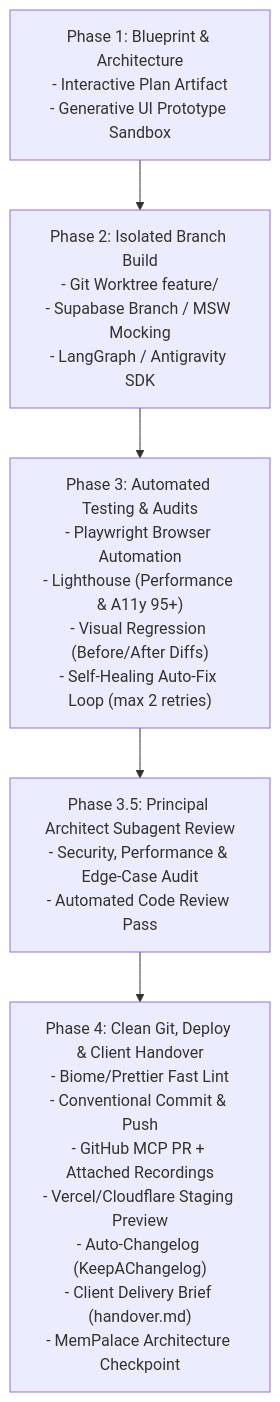
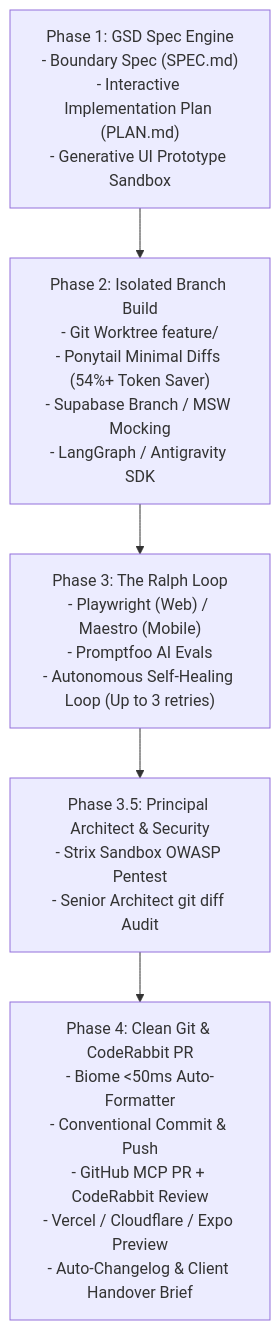
Before and after one commit to josuva777/universal-agency-pipeline: the diagram in skills/agency-pipeline/SKILL.md, drawn with Mermaid. The commit also changed other lines of this file and 21 other files, not shown here.

Commit message:
feat: upgrade agency pipeline with ponytail, ralph loop, mobile starter, and coderabbit

````diff
--- a/skills/agency-pipeline/SKILL.md
+++ b/skills/agency-pipeline/SKILL.md
@@ -17,10 +17,10 @@
 ```mermaid
 flowchart TD
-    P1["Phase 1: Blueprint & Architecture\n- Interactive Plan Artifact\n- Generative UI Prototype Sandbox"]
-    P2["Phase 2: Isolated Branch Build\n- Git Worktree feature/<slug>\n- Supabase Branch / MSW Mocking\n- LangGraph / Antigravity SDK"]
-    P3["Phase 3: Automated Testing & Audits\n- Playwright Browser Automation\n- Lighthouse (Performance & A11y 95+)\n- Visual Regression (Before/After Diffs)\n- Self-Healing Auto-Fix Loop (max 2 retries)"]
-    REV["Phase 3.5: Principal Architect Subagent Review\n- Security, Performance & Edge-Case Audit\n- Automated Code Review Pass"]
-    P4["Phase 4: Clean Git, Deploy & Client Handover\n- Biome/Prettier Fast Lint\n- Conventional Commit & Push\n- GitHub MCP PR + Attached Recordings\n- Vercel/Cloudflare Staging Preview\n- Auto-Changelog (KeepAChangelog)\n- Client Delivery Brief (handover.md)\n- MemPalace Architecture Checkpoint"]
+    P1["Phase 1: GSD Spec Engine\n- Boundary Spec (SPEC.md)\n- Interactive Implementation Plan (PLAN.md)\n- Generative UI Prototype Sandbox"]
+    P2["Phase 2: Isolated Branch Build\n- Git Worktree feature/<slug>\n- Ponytail Minimal Diffs (54%+ Token Saver)\n- Supabase Branch / MSW Mocking\n- LangGraph / Antigravity SDK"]
+    P3["Phase 3: The Ralph Loop\n- Playwright (Web) / Maestro (Mobile)\n- Promptfoo AI Evals\n- Autonomous Self-Healing Loop (Up to 3 retries)"]
+    REV["Phase 3.5: Principal Architect & Security\n- Strix Sandbox OWASP Pentest\n- Senior Architect git diff Audit"]
+    P4["Phase 4: Clean Git & CodeRabbit PR\n- Biome <50ms Auto-Formatter\n- Conventional Commit & Push\n- GitHub MCP PR + CodeRabbit Review\n- Vercel / Cloudflare / Expo Preview\n- Auto-Changelog & Client Handover Brief"]
 
     P1 --> P2 --> P3 --> REV --> P4
 ```
````
